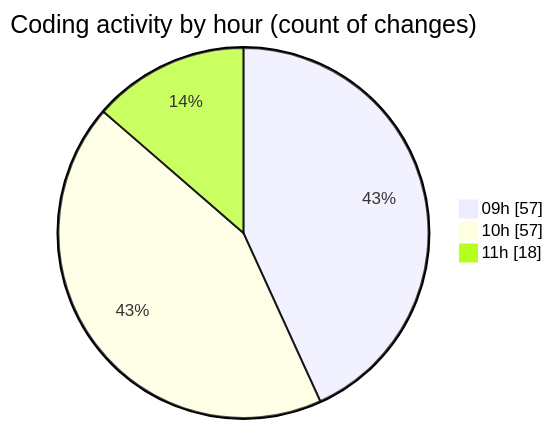
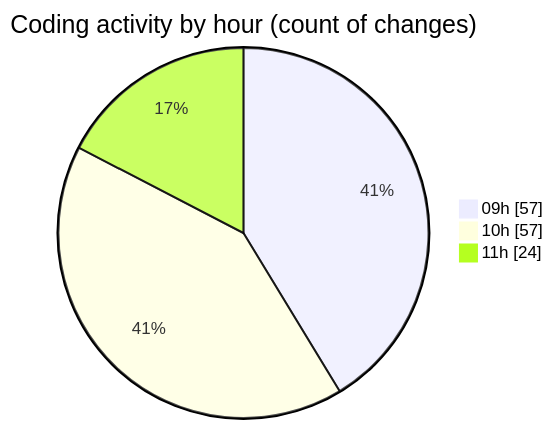
Before and after one commit to momahboobian/code-tracking: the second of 2 diagrams in 2025-09-19/cda/README.md, drawn with Mermaid. The commit also changed other lines of this file and 1 other file, not shown here.

````diff
--- a/2025-09-19/cda/README.md
+++ b/2025-09-19/cda/README.md
@@ -30,7 +30,7 @@
 ```mermaid
 pie showData
 title Coding activity by hour (count of changes)
 "09h" : 57
 "10h" : 57
-"11h" : 18
+"11h" : 24
 ```
````
